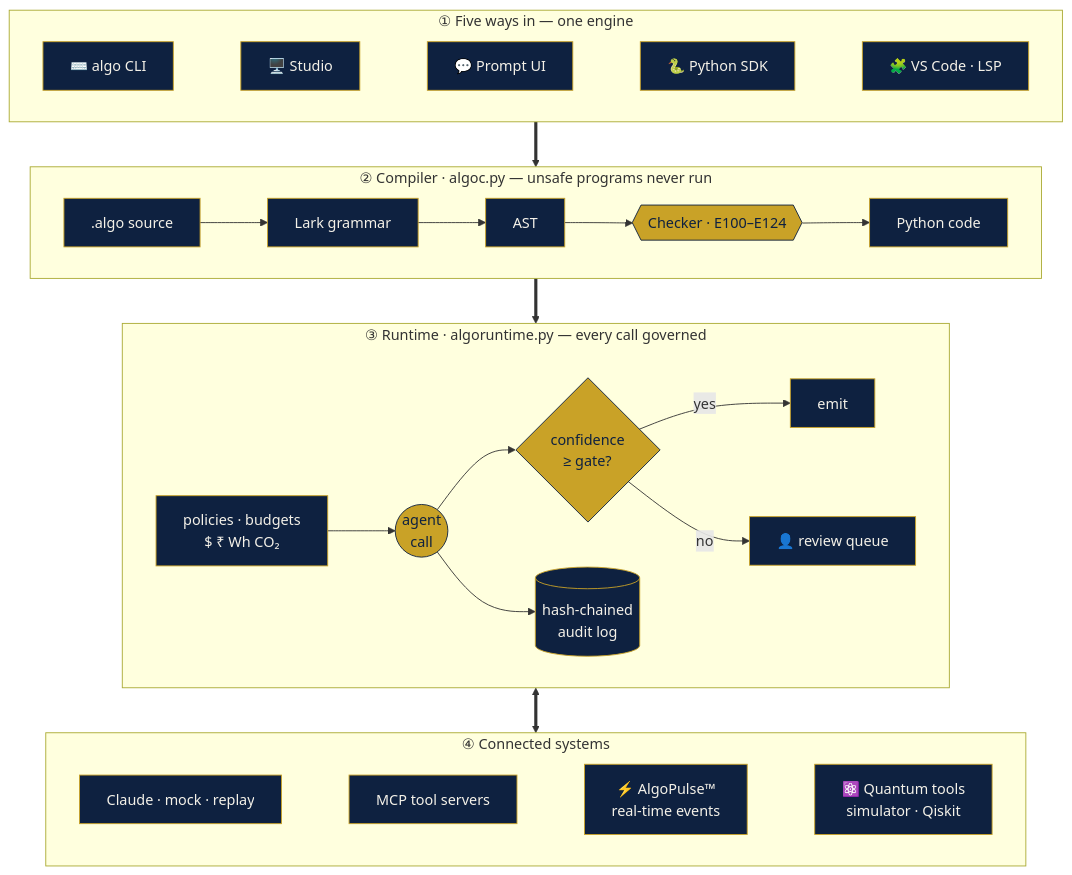
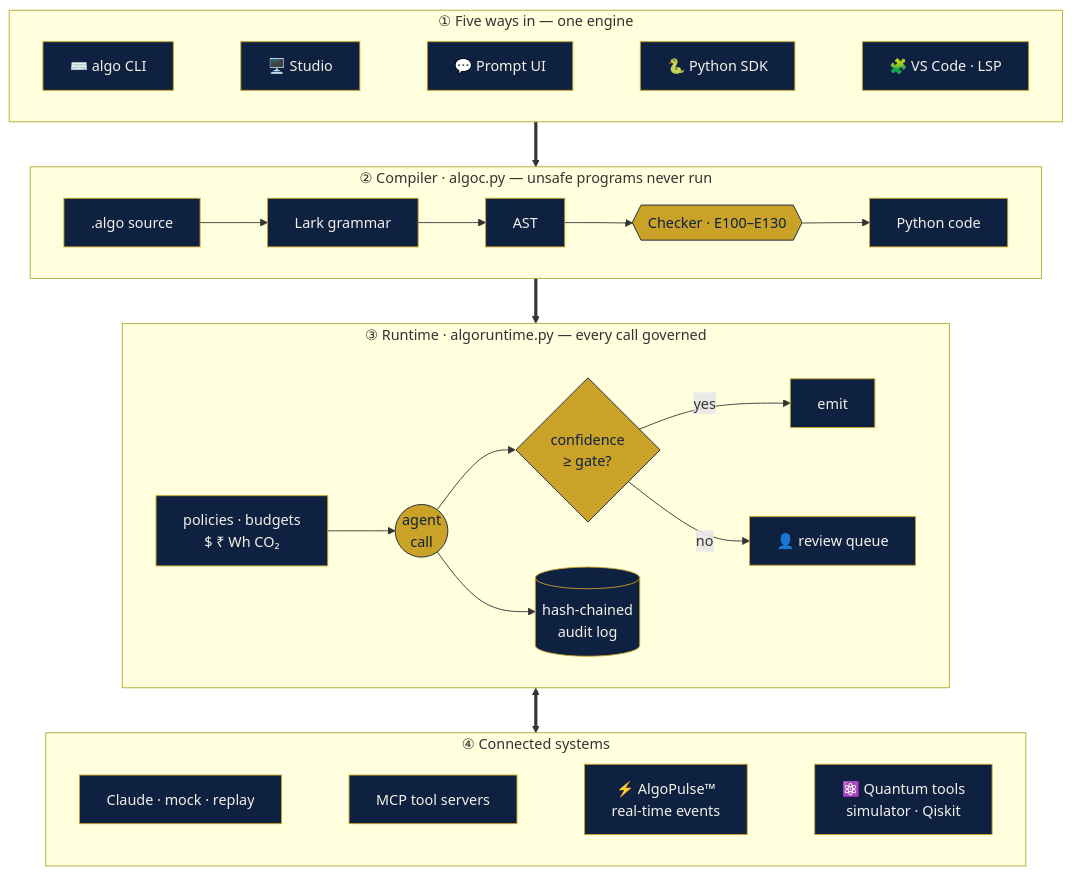
The first of 4 diagrams in README.md (drssnaiml1-cell/algolang), drawn with Mermaid before and after one commit. The commit also changed other lines of this file and 148 other files, not shown here.

````diff
--- a/README.md
+++ b/README.md
@@ -30,28 +30,28 @@
 ```mermaid
 flowchart TB
     subgraph DOORS["① Five ways in — one engine"]
         direction LR
         CLI["⌨️ algo CLI"] ~~~ STU["🖥️ Studio"] ~~~ PUI["💬 Prompt UI"] ~~~ SDK["🐍 Python SDK"] ~~~ LSP["🧩 VS Code · LSP"]
     end
     subgraph COMPILER["② Compiler · algoc.py — unsafe programs never run"]
         direction LR
-        SRC[".algo source"] --> PARSE["Lark grammar"] --> AST["AST"] --> CHK{{"Checker · E100–E124"}} --> GEN["Python code"]
+        SRC[".algo source"] --> PARSE["Lark grammar"] --> AST["AST"] --> CHK{{"Checker · E100–E130"}} --> GEN["Python code"]
     end
     subgraph RUNTIME["③ Runtime · algoruntime.py — every call governed"]
         direction LR
         POL["policies · budgets<br/>$ ₹ Wh CO₂"] --> CALL(("agent<br/>call")) --> GATE{"confidence<br/>≥ gate?"}
         GATE -- yes --> OUT["emit"]
         GATE -- no --> HUM["👤 review queue"]
         CALL --> AUD[("hash-chained<br/>audit log")]
     end
     subgraph WORLD["④ Connected systems"]
         direction LR
         LLM["Claude · mock · replay"] ~~~ MCP["MCP tool servers"] ~~~ KAF["⚡ AlgoPulse™<br/>real-time events"] ~~~ QPU["⚛️ Quantum tools<br/>simulator · Qiskit"]
     end
     DOORS ==> COMPILER ==> RUNTIME <==> WORLD
 
     classDef navy fill:#0e2140,stroke:#c9a227,color:#f4f1e8;
     classDef gold fill:#c9a227,stroke:#0e2140,color:#0e2140;
     class CLI,STU,PUI,SDK,LSP,SRC,PARSE,AST,GEN,POL,OUT,LLM,MCP,KAF,QPU,HUM,AUD navy;
     class CHK,CALL,GATE gold;
 ```
````
